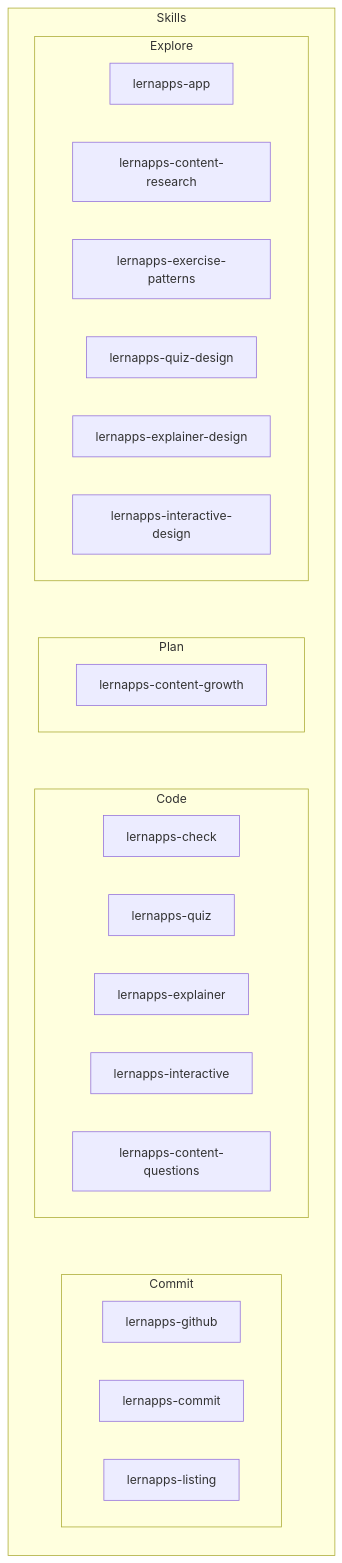
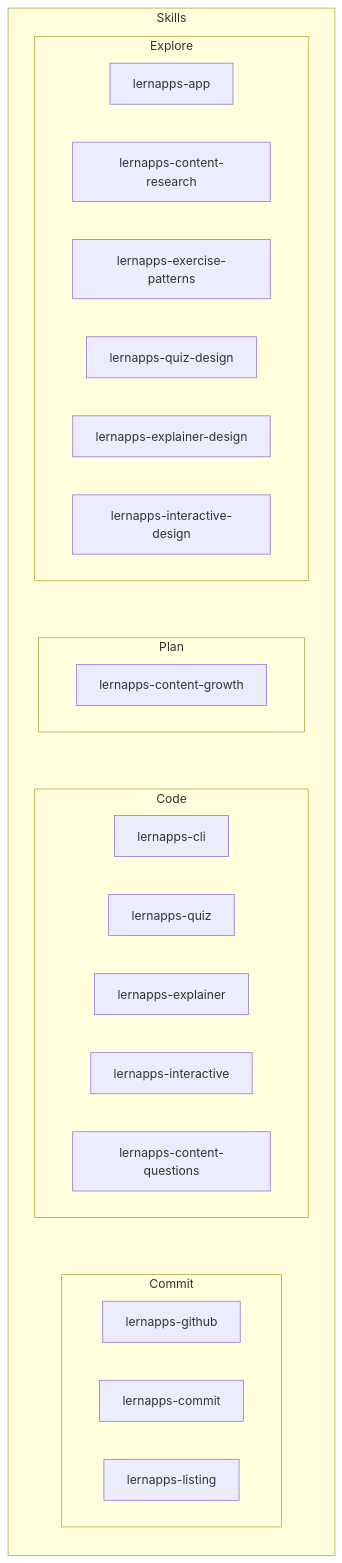
Before and after one commit to lernapps/tooling: the third of 3 diagrams in docs/arc42/05-building-blocks.arc42.md, drawn with Mermaid. The commit also changed other lines of this file and 25 other files, not shown here.

First line of the commit message:
feat(cli): lernapps screenshots, a full-page image of every page of a built explainer or quiz (#191)

````diff
--- a/docs/arc42/05-building-blocks.arc42.md
+++ b/docs/arc42/05-building-blocks.arc42.md
@@ -112,29 +112,29 @@
 ```mermaid
 flowchart LR
     subgraph bb-skills["Skills"]
         subgraph bb-skills-explore["Explore"]
             bb-skill-app["lernapps-app"]
             bb-skill-content-research["lernapps-content-research"]
             bb-skill-exercise-patterns["lernapps-exercise-patterns"]
             bb-skill-quiz-design["lernapps-quiz-design"]
             bb-skill-explainer-design["lernapps-explainer-design"]
             bb-skill-interactive-design["lernapps-interactive-design"]
         end
         subgraph bb-skills-plan["Plan"]
             bb-skill-content-growth["lernapps-content-growth"]
         end
         subgraph bb-skills-code["Code"]
-            bb-skill-check["lernapps-check"]
+            bb-skill-cli["lernapps-cli"]
             bb-skill-quiz["lernapps-quiz"]
             bb-skill-explainer["lernapps-explainer"]
             bb-skill-interactive["lernapps-interactive"]
             bb-skill-content-questions["lernapps-content-questions"]
         end
         subgraph bb-skills-commit["Commit"]
             bb-skill-github["lernapps-github"]
             bb-skill-commit["lernapps-commit"]
             bb-skill-listing["lernapps-listing"]
         end
         bb-skills-explore ~~~ bb-skills-plan ~~~ bb-skills-code ~~~ bb-skills-commit
     end
 ```
````
